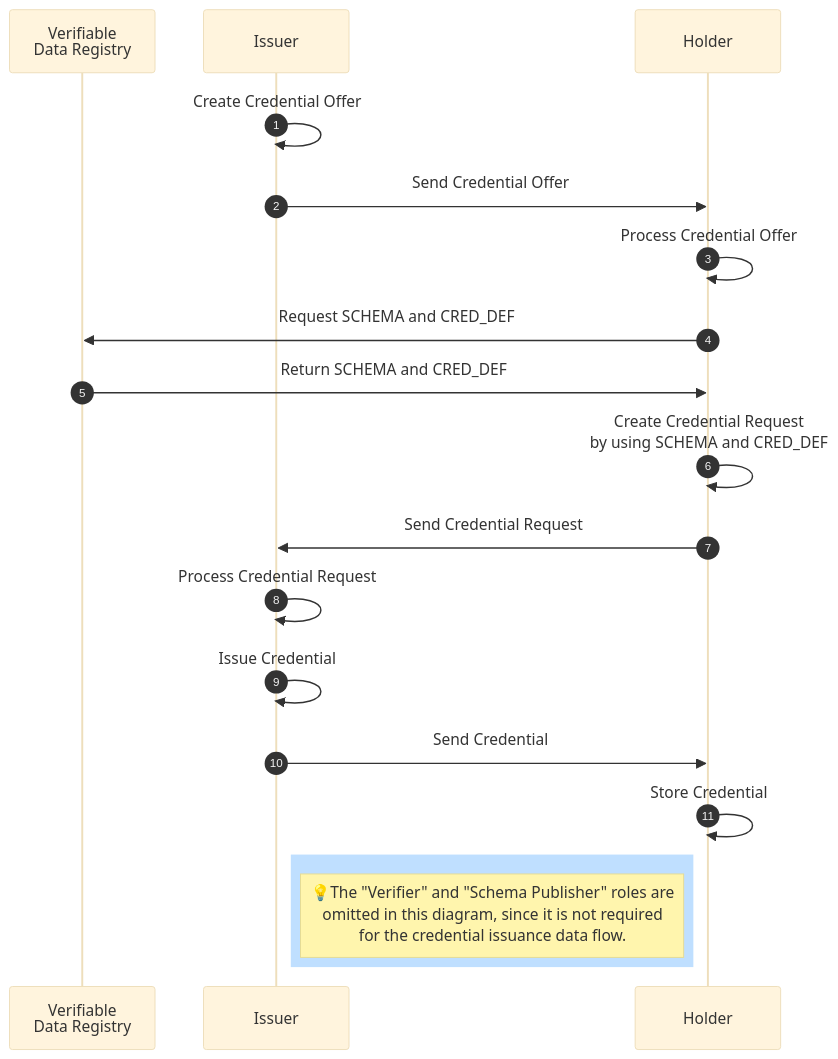
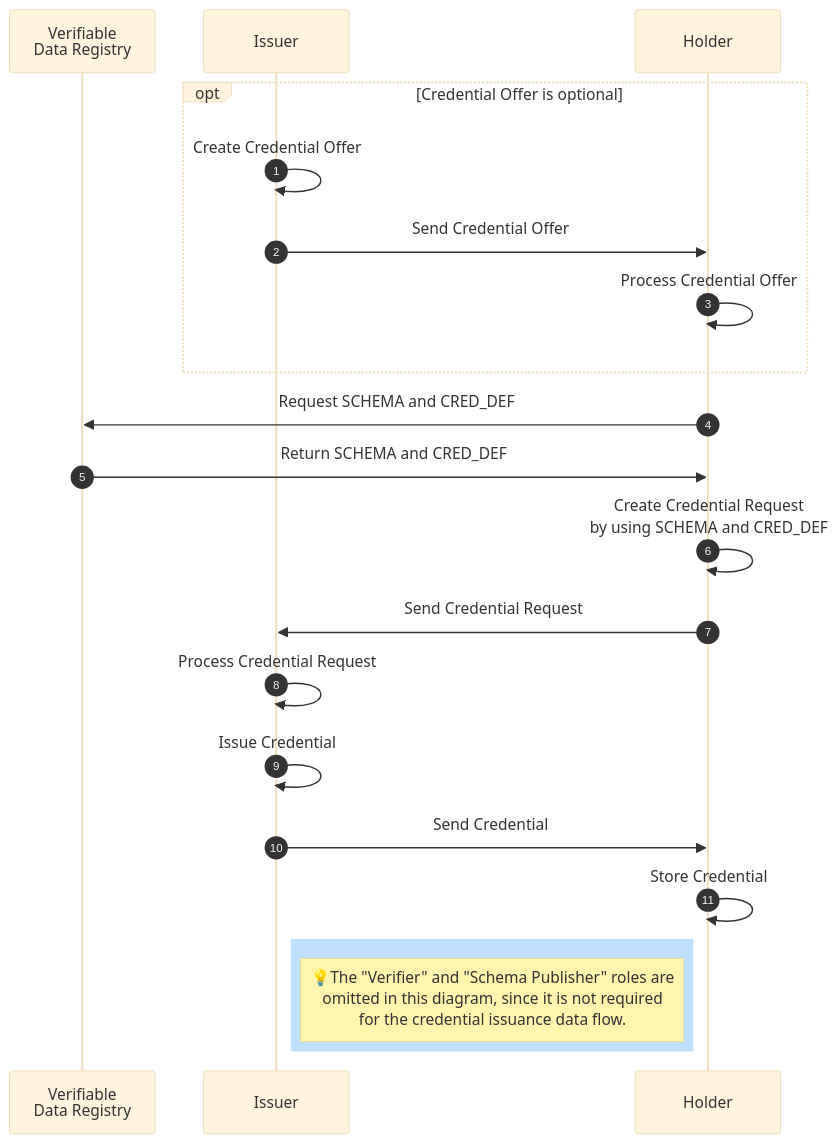
Before and after one commit to hyperledger/anoncreds-spec: the diagram in spec/data_flow_issuance.md, drawn with Mermaid (base theme). The commit also changed other lines of this file and 1 other file, not shown here.

Commit message:
Started Credential Request Flow. Updated terminology with palceholders for missing terms

````diff
--- a/spec/data_flow_issuance.md
+++ b/spec/data_flow_issuance.md
@@ -5,39 +5,41 @@
 ```mermaid
 sequenceDiagram
     autonumber
     participant L as Verifiable<br>Data Registry
     participant I as Issuer
     participant H as Holder  
 
 
     %%I ->> I: issuer_create_credential_offer<br>(wallet_handle, cred_def_id)
     %%I ->> H: Send offer-credential
     %%H ->> H: Process offer-credential
     %%H ->> H: build_get_cred_def_request(issuer_DID, cred_def_id)
     %%H ->> L: submit_request(pool_handle, get_cred_def_request)
     %%H ->> H: parse_get_cred_def_response(get_cred_def_response)
     %%H ->> I: prover_create_credential_req(wallet_handle, issuer_DID,<br>credential_offer, cred_def, master_secret_id)
     %%H ->> I: send credential request
  
     %%I ->> I: Prepare RAW attribute values and encode them
     %%I ->> I: issuer_create_credential(wallet_handle,<br>credential_offer, credential_request <br>transcript_cred_values, None, None)
     %%I ->> H: Send credential
     %%H ->> H: prover_store_credential(wallet_handle, None,<br>credential_request, meta_data, %%credential,<br>credential_definition, None)
 
-    I ->> I: Create Credential Offer
-    I ->> H: Send Credential Offer
-    H ->> H: Process Credential Offer
-    H ->> L: Request SCHEMA and CRED_DEF
-    L ->> H: Return SCHEMA and CRED_DEF
-    H ->> H: Create Credential Request<br>by using SCHEMA and CRED_DEF
-    H ->> I: Send Credential Request
-    I ->> I: Process Credential Request
-    I ->> I: Issue Credential
-    I ->> H: Send Credential
-    H ->> H: Store Credential
+opt Credential Offer is optional
+  I ->> I: Create Credential Offer
+  I ->> H: Send Credential Offer
+  H ->> H: Process Credential Offer
+end
+  H ->> L: Request SCHEMA and CRED_DEF
+  L ->> H: Return SCHEMA and CRED_DEF
+  H ->> H: Create Credential Request<br>by using SCHEMA and CRED_DEF
+  H ->> I: Send Credential Request
+  I ->> I: Process Credential Request
+  I ->> I: Issue Credential
+  I ->> H: Send Credential
+  H ->> H: Store Credential
 
 
-    rect rgb(191, 223, 255)
-      Note left of H: 💡The "Verifier" and "Schema Publisher" roles are<br>omitted in this diagram, since it is not required<br>for the credential issuance data flow.
-    end
+  rect rgb(191, 223, 255)
+    Note left of H: 💡The "Verifier" and "Schema Publisher" roles are<br>omitted in this diagram, since it is not required<br>for the credential issuance data flow.
+  end
 ```
````
